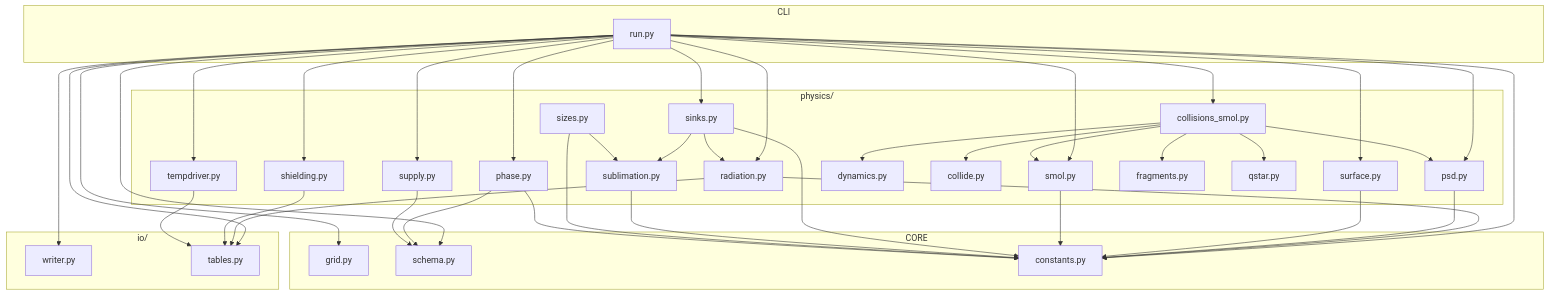
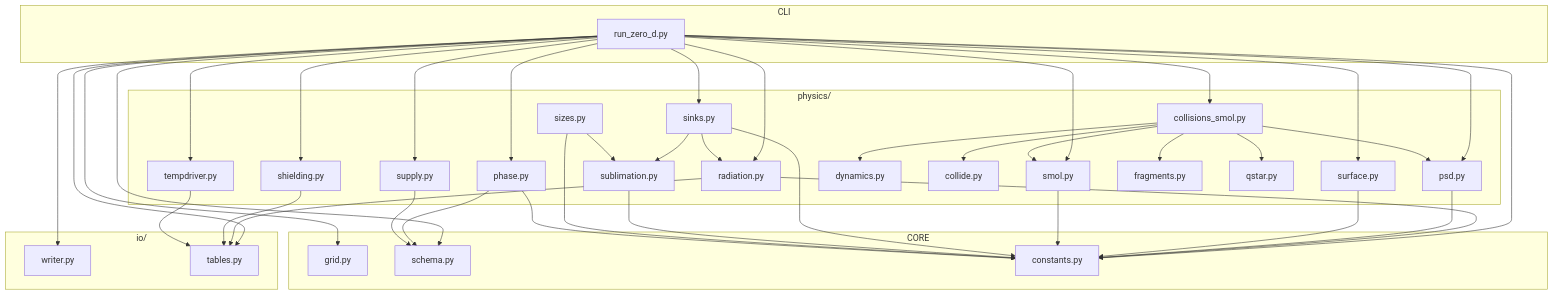
The tenth of 13 diagrams in analysis/physics_flow.md (Einfeld686/MarsDiskSimulation), drawn with Mermaid before and after one commit. The commit also changed other lines of this file and 49 other files, not shown here.

````diff
--- a/analysis/physics_flow.md
+++ b/analysis/physics_flow.md
@@ -397,53 +403,53 @@
 ```mermaid
 graph TD
     subgraph CLI
-        RUN[run.py]
+        RUN[run_zero_d.py]
     end
     
     subgraph PHYSICS["physics/"]
         RAD[radiation.py]
         SH[shielding.py]
         PSD[psd.py]
         SF[surface.py]
         SM[smol.py]
         SK[sinks.py]
         SUB[sublimation.py]
         SZ[sizes.py]
         TD[tempdriver.py]
         PH[phase.py]
         DY[dynamics.py]
         COL[collide.py]
         CSMO[collisions_smol.py]
         SP[supply.py]
         FRAG[fragments.py]
         QSTAR[qstar.py]
     end
     
     subgraph IO["io/"]
         WR[writer.py]
         TB[tables.py]
     end
     
     subgraph CORE
         GR[grid.py]
         SC[schema.py]
         CN[constants.py]
     end
     
     RUN --> RAD & SH & PSD & SF & SM & SK & TD & PH & CSMO & SP
     RUN --> WR & TB
     RUN --> GR & SC & CN
     
     RAD --> TB & CN
     SH --> TB
     PSD --> CN
     SF --> CN
     SM --> CN
     SK --> SUB & RAD & CN
     SUB --> CN
     SZ --> SUB & CN
     CSMO --> SM & COL & DY & PSD & FRAG & QSTAR
     TD --> TB
     PH --> CN & SC
     SP --> SC
 ```
````
